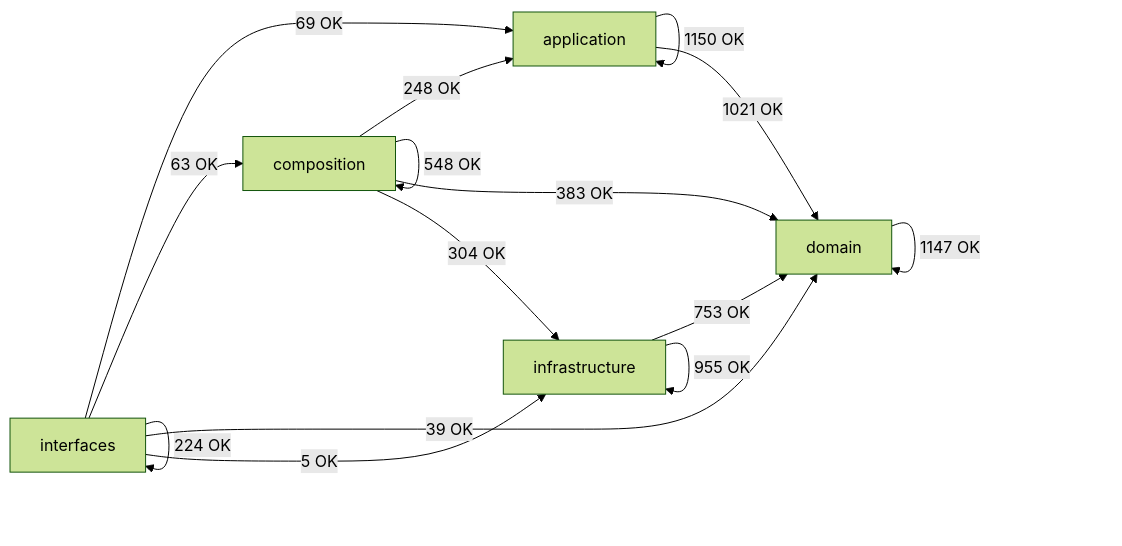
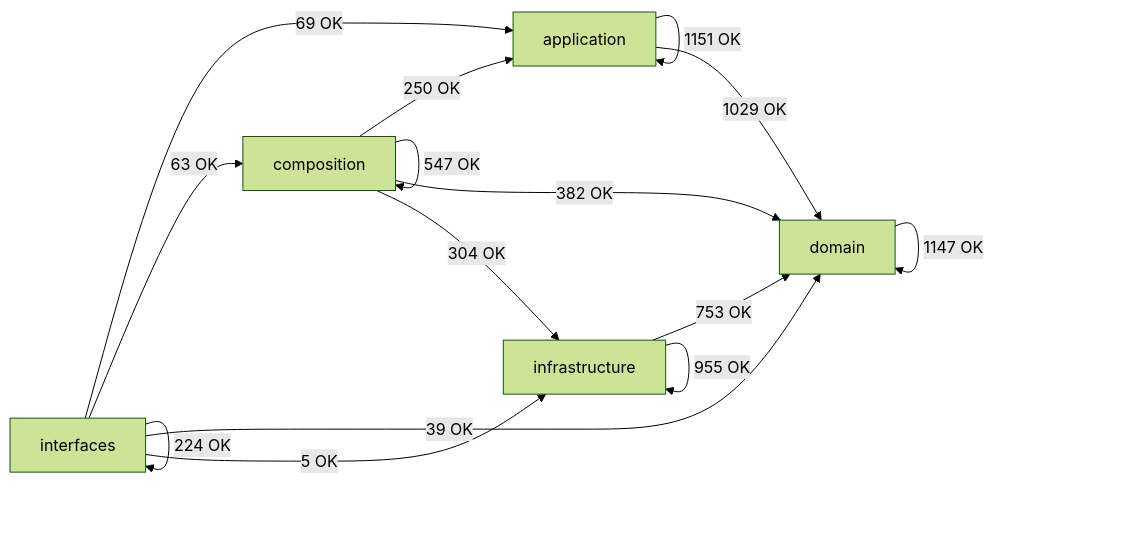
The diagram in docs/02-architecture/generated/module-dependency-map.md (SatoryKono/BioactivityDataAcquisition), drawn with Mermaid (forest theme) before and after one commit. The commit also changed other lines of this file and 50 other files, not shown here.

````diff
--- a/docs/02-architecture/generated/module-dependency-map.md
+++ b/docs/02-architecture/generated/module-dependency-map.md
@@ -17,22 +17,22 @@
 ```mermaid
 flowchart LR
     domain[domain]
     application[application]
     infrastructure[infrastructure]
     composition[composition]
     interfaces[interfaces]
-    application -->|1150 OK| application
-    application -->|1021 OK| domain
-    composition -->|248 OK| application
-    composition -->|548 OK| composition
-    composition -->|383 OK| domain
+    application -->|1151 OK| application
+    application -->|1029 OK| domain
+    composition -->|250 OK| application
+    composition -->|547 OK| composition
+    composition -->|382 OK| domain
     composition -->|304 OK| infrastructure
     domain -->|1147 OK| domain
     infrastructure -->|753 OK| domain
     infrastructure -->|955 OK| infrastructure
     interfaces -->|69 OK| application
     interfaces -->|63 OK| composition
     interfaces -->|39 OK| domain
     interfaces -->|5 OK| infrastructure
     interfaces -->|224 OK| interfaces
 ```
````
